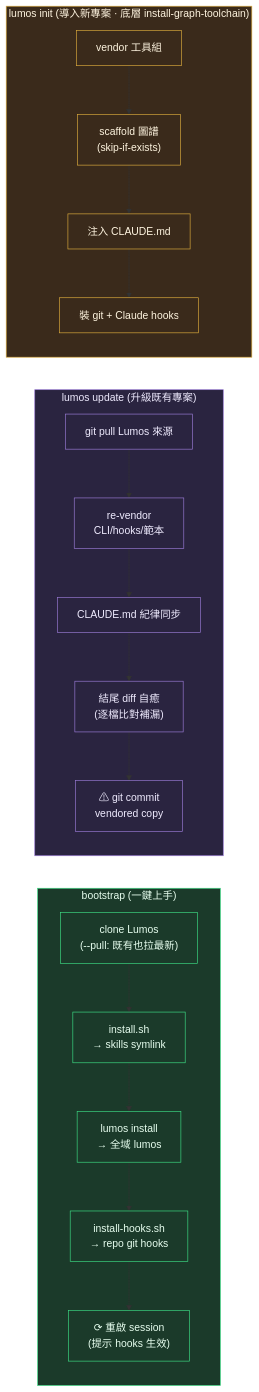
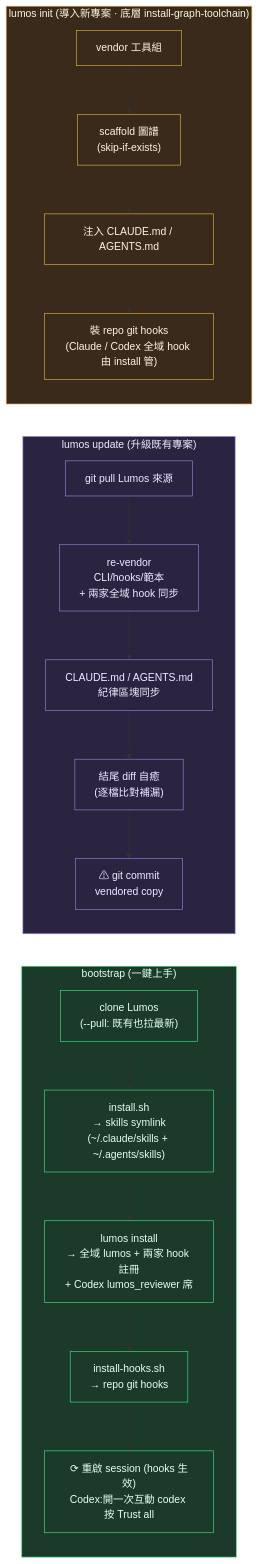
One commit to EnzoHsieh-Android/Lumos changed the second of 5 diagrams in ARCHITECTURE.md. Above: the diagram before and after it, drawn with Mermaid. The commit also changed other lines of this file and 4 other files, not shown here.

First line of the commit message:
docs(架構圖): 四張圖跟上 08-26~09-05 的迴圈基建與兩家 harness——ARCHITECTURE 新 §5 良性循環圖(節點→鏡頭→席位→收貨→折入→處置帳→處置閘→凍結→寫回)、§1-4 補 governance/探針/AGENTS/lumos_reviewer/SessionStart/dispatch-lens、腐化偵測標撤除、命令家族補 11 個;全景圖 ③ 改現行做法(不再金絲雀/連兩輪)+22 道+Codex;開發工作流總覽 FLOW/KEY/圖/表;圖譜即合約 表補 8 列、L3 標撤除;對外論述補記

````diff
--- a/ARCHITECTURE.md
+++ b/ARCHITECTURE.md
@@ -64,32 +70,32 @@
 ```mermaid
 flowchart LR
     subgraph BOOT["bootstrap (一鍵上手)"]
         direction TB
-        B1["clone Lumos<br/>(--pull: 既有也拉最新)"] --> B2["install.sh<br/>→ skills symlink"]
-        B2 --> B3["lumos install<br/>→ 全域 lumos"]
+        B1["clone Lumos<br/>(--pull: 既有也拉最新)"] --> B2["install.sh<br/>→ skills symlink<br/>(~/.claude/skills + ~/.agents/skills)"]
+        B2 --> B3["lumos install<br/>→ 全域 lumos + 兩家 hook 註冊<br/>+ Codex lumos_reviewer 席"]
         B3 --> B4["install-hooks.sh<br/>→ repo git hooks"]
-        B4 --> B5["⟳ 重啟 session<br/>(提示 hooks 生效)"]
+        B4 --> B5["⟳ 重啟 session (hooks 生效)<br/>Codex:開一次互動 codex 按 Trust all"]
     end
 
     subgraph UPD["lumos update (升級既有專案)"]
         direction TB
-        U1["git pull Lumos 來源"] --> U2["re-vendor<br/>CLI/hooks/範本"]
-        U2 --> U3["CLAUDE.md 紀律同步"]
+        U1["git pull Lumos 來源"] --> U2["re-vendor<br/>CLI/hooks/範本<br/>+ 兩家全域 hook 同步"]
+        U2 --> U3["CLAUDE.md / AGENTS.md<br/>紀律區塊同步"]
         U3 --> U4["結尾 diff 自癒<br/>(逐檔比對補漏)"]
         U4 --> U5["⚠ git commit<br/>vendored copy"]
     end
 
     subgraph NEW["lumos init (導入新專案 · 底層 install-graph-toolchain)"]
         direction TB
         N1["vendor 工具組"] --> N2["scaffold 圖譜<br/>(skip-if-exists)"]
-        N2 --> N3["注入 CLAUDE.md"]
-        N3 --> N4["裝 git + Claude hooks"]
+        N2 --> N3["注入 CLAUDE.md / AGENTS.md"]
+        N3 --> N4["裝 repo git hooks<br/>(Claude / Codex 全域 hook 由 install 管)"]
     end
 
     classDef boot fill:#1b3a2a,stroke:#3ddc84,color:#e8fff0
     classDef upd fill:#2a2440,stroke:#9a7bd6,color:#f0ecff
     classDef new fill:#3a2a1b,stroke:#dcab3d,color:#fff5e0
     class BOOT,B1,B2,B3,B4,B5 boot
     class UPD,U1,U2,U3,U4,U5 upd
     class NEW,N1,N2,N3,N4 new
 ```
````
